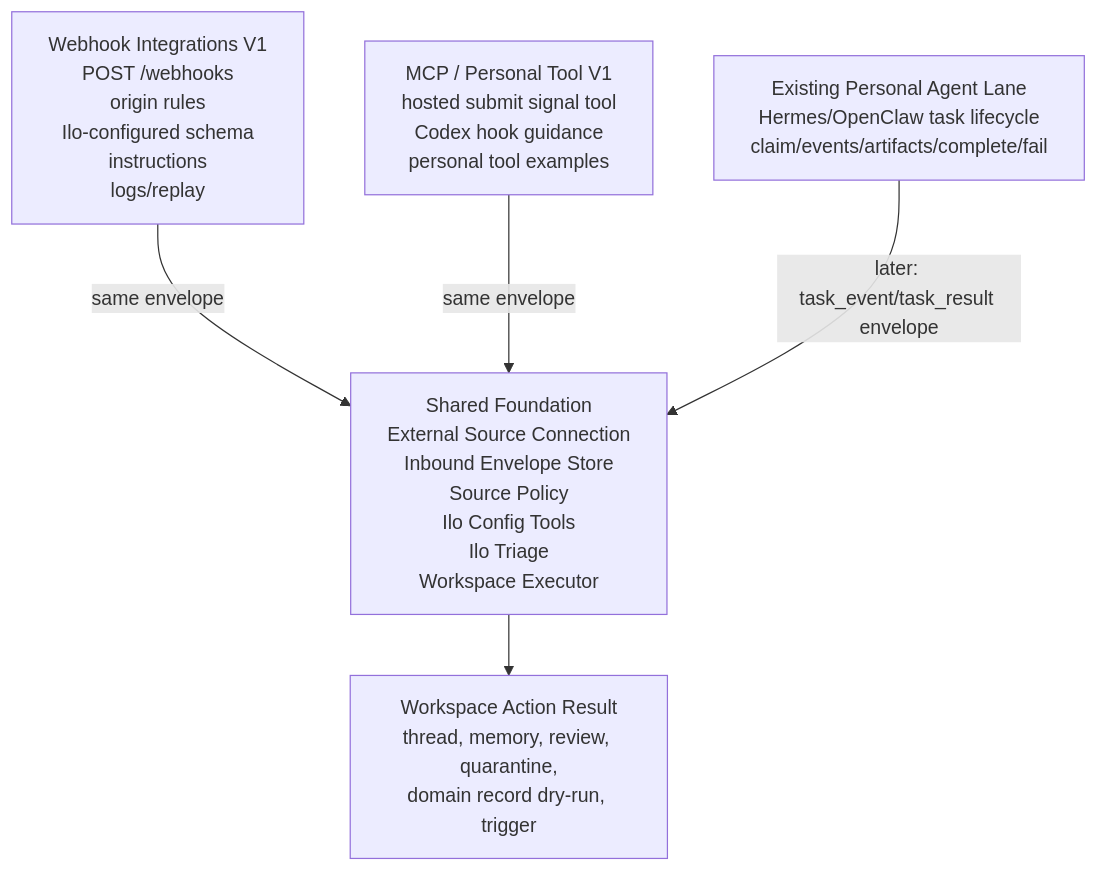
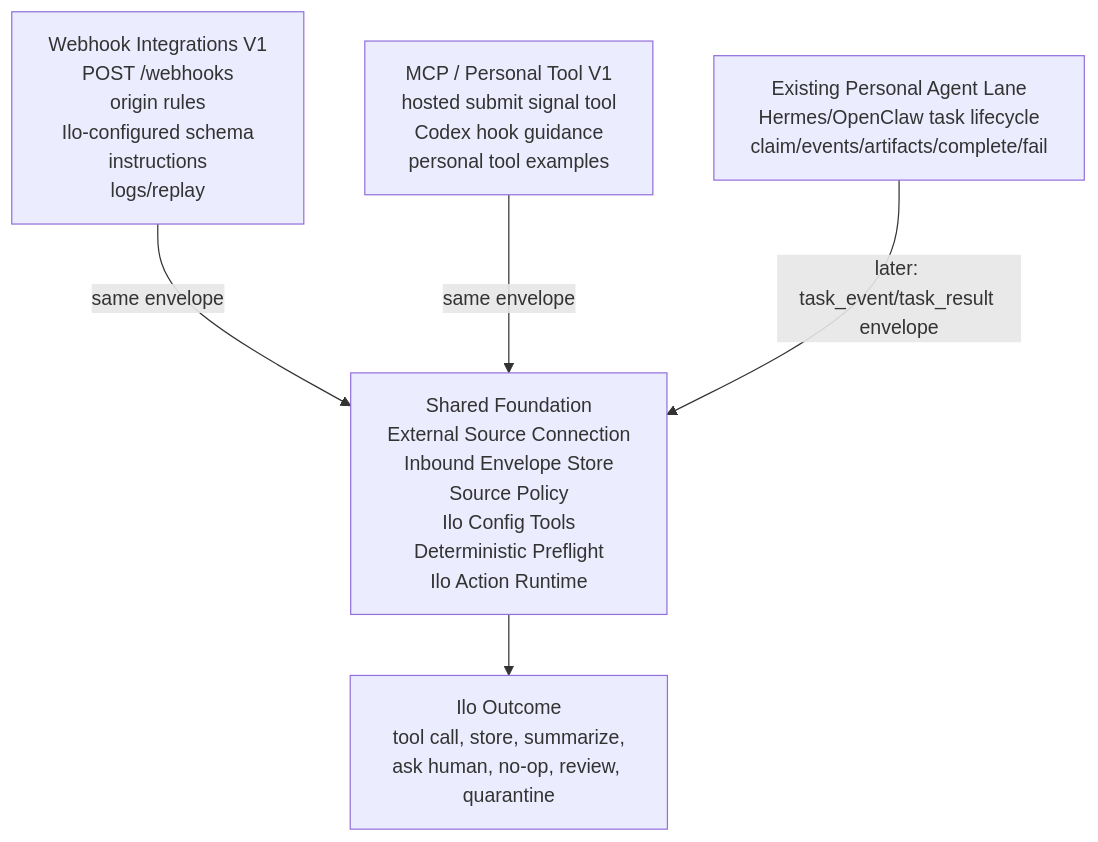
One commit to Illospace/illospace changed the seventh of 7 diagrams in docs/prd-inbound-coordination-layer.md. Above: the diagram before and after it, drawn with Mermaid. The commit also changed other lines of this file, not shown here.

Commit message:
Refine inbound coordination PRD

````diff
--- a/docs/prd-inbound-coordination-layer.md
+++ b/docs/prd-inbound-coordination-layer.md
@@ -372,16 +490,16 @@
 ```mermaid
 flowchart TD
-    Foundation["Shared Foundation<br/>External Source Connection<br/>Inbound Envelope Store<br/>Source Policy<br/>Ilo Config Tools<br/>Ilo Triage<br/>Workspace Executor"]
+    Foundation["Shared Foundation<br/>External Source Connection<br/>Inbound Envelope Store<br/>Source Policy<br/>Ilo Config Tools<br/>Deterministic Preflight<br/>Ilo Action Runtime"]
 
     Webhook["Webhook Integrations V1<br/>POST /webhooks<br/>origin rules<br/>Ilo-configured schema<br/>instructions<br/>logs/replay"]
 
     MCP["MCP / Personal Tool V1<br/>hosted submit signal tool<br/>Codex hook guidance<br/>personal tool examples"]
 
     Agents["Existing Personal Agent Lane<br/>Hermes/OpenClaw task lifecycle<br/>claim/events/artifacts/complete/fail"]
 
     Webhook -->|"same envelope"| Foundation
     MCP -->|"same envelope"| Foundation
     Agents -->|"later: task_event/task_result envelope"| Foundation
 
-    Foundation --> Action["Workspace Action Result<br/>thread, memory, review, quarantine,<br/>domain record dry-run, trigger"]
+    Foundation --> Action["Ilo Outcome<br/>tool call, store, summarize,<br/>ask human, no-op, review, quarantine"]
 ```
````
